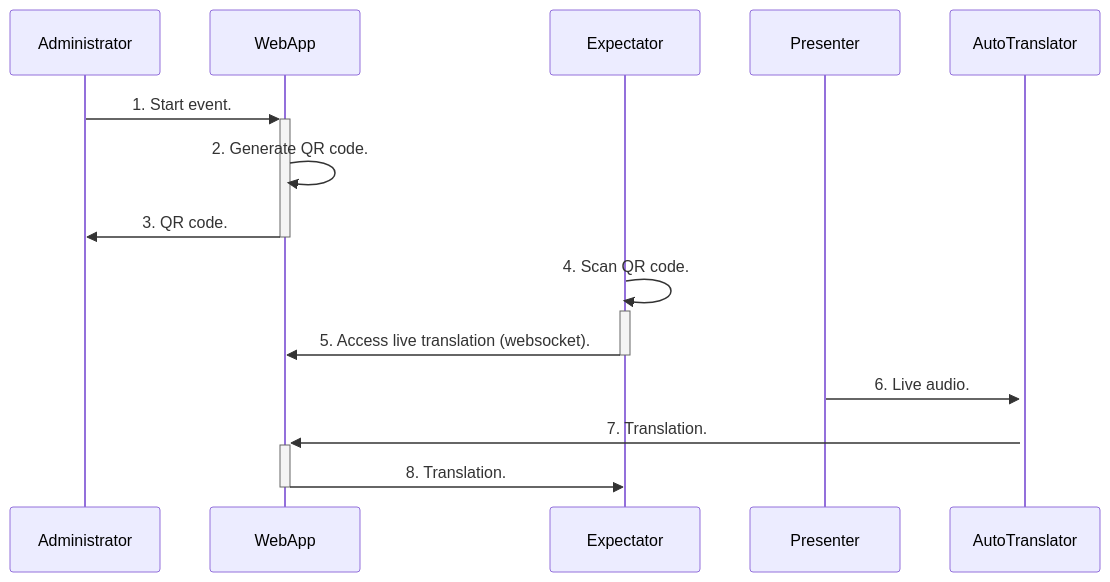
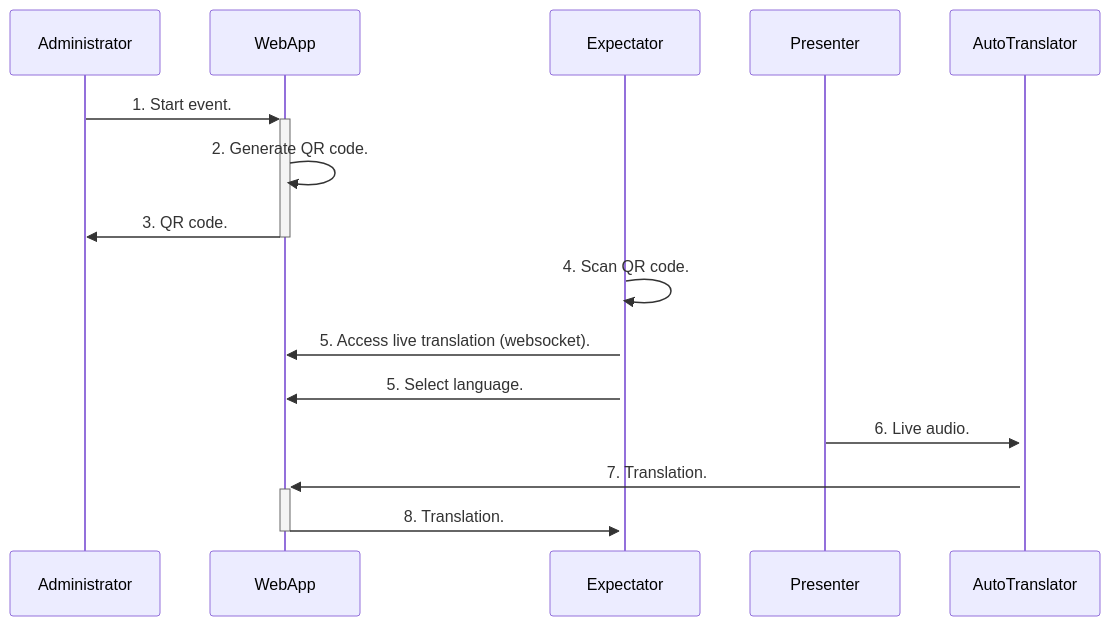
Before and after one commit to giubueno/live-translation: the second of 2 diagrams in README.md, drawn with Mermaid.

````diff
--- a/README.md
+++ b/README.md
@@ -24,11 +24,12 @@
 ```mermaid
 sequenceDiagram
     Administrator->>+WebApp: 1. Start event.
     WebApp->>WebApp: 2. Generate QR code.
     WebApp->>-Administrator: 3. QR code.
     Expectator->>+Expectator: 4. Scan QR code.
-    Expectator->>-WebApp: 5. Access live translation (websocket).
+    Expectator->>WebApp: 5. Access live translation (websocket).
+    Expectator->>WebApp: 5. Select language.
     Presenter->>+AutoTranslator: 6. Live audio.
     AutoTranslator->>+WebApp: 7. Translation.
     WebApp->>-Expectator: 8. Translation.
 ```
````
